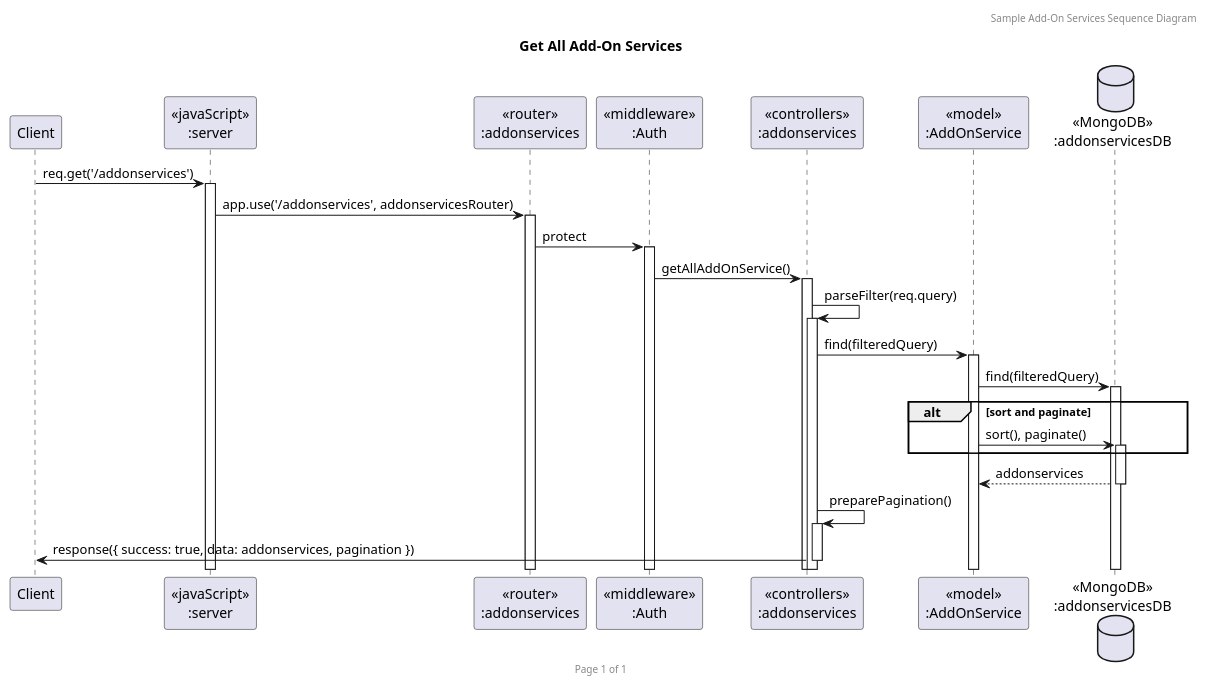
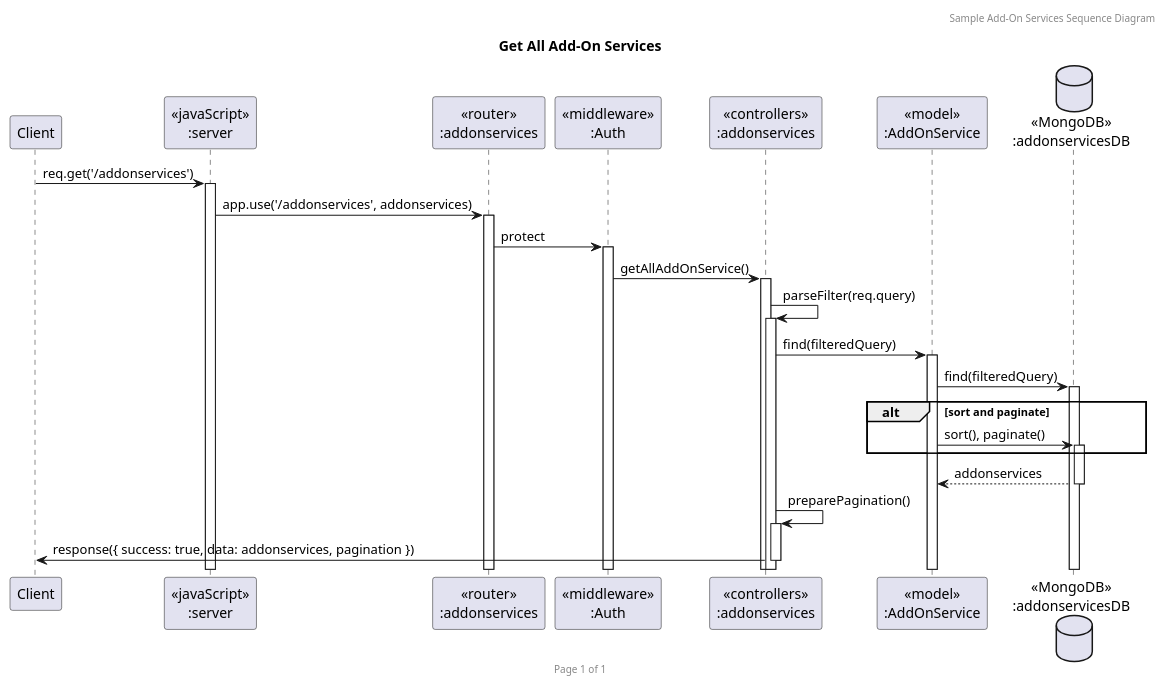
Before and after one commit to nattapatten/211503-Campground: the diagram in PlantUML/campground/SequenceDiagram/AddOnService/GetAll2.puml, drawn with PlantUML. The commit also changed 12 other files, not shown here.

```diff
--- a/PlantUML/campground/SequenceDiagram/AddOnService/GetAll2.puml
+++ b/PlantUML/campground/SequenceDiagram/AddOnService/GetAll2.puml
@@ -1,30 +1,30 @@
 @startuml Get All Add-On Services
 
 header Sample Add-On Services Sequence Diagram
 footer Page %page% of %lastpage%
 title "Get All Add-On Services"
 
 participant "Client" as client
 participant "<<javaScript>>\n:server" as server
 participant "<<router>>\n:addonservices" as routerAddOnServices
 participant "<<middleware>>\n:Auth" as AuthMiddleware
 participant "<<controllers>>\n:addonservices" as controllersAddOnServices
 participant "<<model>>\n:AddOnService" as modelAddOnService
 database "<<MongoDB>>\n:addonservicesDB" as AddOnServicesDatabase
 
 client->server ++: req.get('/addonservices')
-server->routerAddOnServices ++: app.use('/addonservices', addonservicesRouter)
+server->routerAddOnServices ++: app.use('/addonservices', addonservices)
 routerAddOnServices -> AuthMiddleware ++: protect
 AuthMiddleware -> controllersAddOnServices ++: getAllAddOnService()
 
 controllersAddOnServices -> controllersAddOnServices ++: parseFilter(req.query)
 controllersAddOnServices -> modelAddOnService ++: find(filteredQuery)
 modelAddOnService -> AddOnServicesDatabase ++: find(filteredQuery)
 alt sort and paginate
     modelAddOnService -> AddOnServicesDatabase ++: sort(), paginate()
 end
 AddOnServicesDatabase --> modelAddOnService --: addonservices
 controllersAddOnServices -> controllersAddOnServices ++: preparePagination()
 controllersAddOnServices->client --: response({ success: true, data: addonservices, pagination })
 
 @enduml
```
